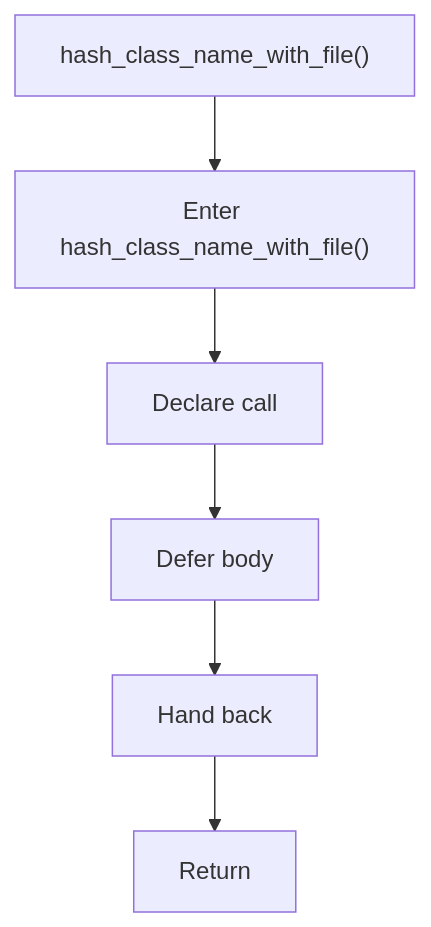
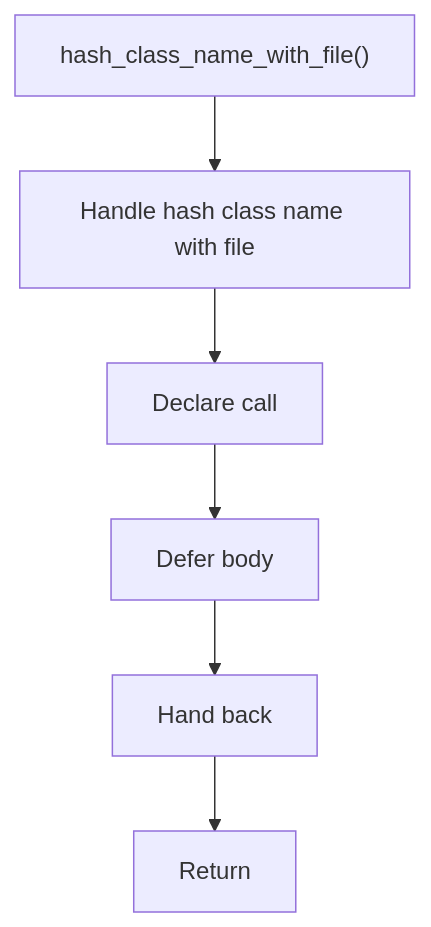
One commit to JohnAndrewBalbarosa/NeoTerritory changed the diagram in docs/Codebase/Microservice/Modules/Header/SyntacticBrokenAST/Trees/Actual/Internal/Flow/functions/hash_class_name_with_file.hpp.md. Above: the diagram before and after it, drawn with Mermaid. The commit also changed other lines of this file and 915 other files, not shown here.

````diff
--- a/docs/Codebase/Microservice/Modules/Header/SyntacticBrokenAST/Trees/Actual/Internal/Flow/functions/hash_class_name_with_file.hpp.md
+++ b/docs/Codebase/Microservice/Modules/Header/SyntacticBrokenAST/Trees/Actual/Internal/Flow/functions/hash_class_name_with_file.hpp.md
@@ -16,14 +16,14 @@
 ```mermaid
 flowchart TD
     Start["hash_class_name_with_file()"]
-    N0["Enter hash_class_name_with_file()"]
+    N0["Handle hash class name with file"]
     N1["Declare call"]
     N2["Defer body"]
     N3["Hand back"]
     End["Return"]
     Start --> N0
     N0 --> N1
     N1 --> N2
     N2 --> N3
     N3 --> End
 ```
````
